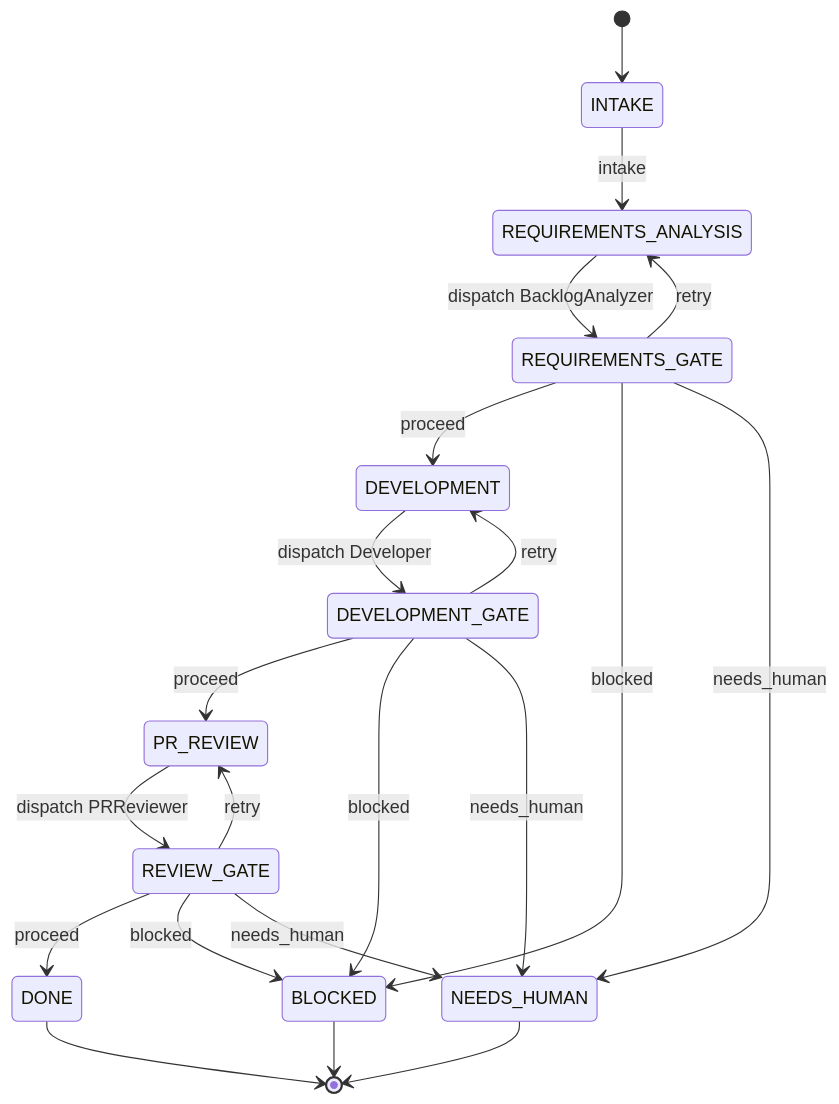
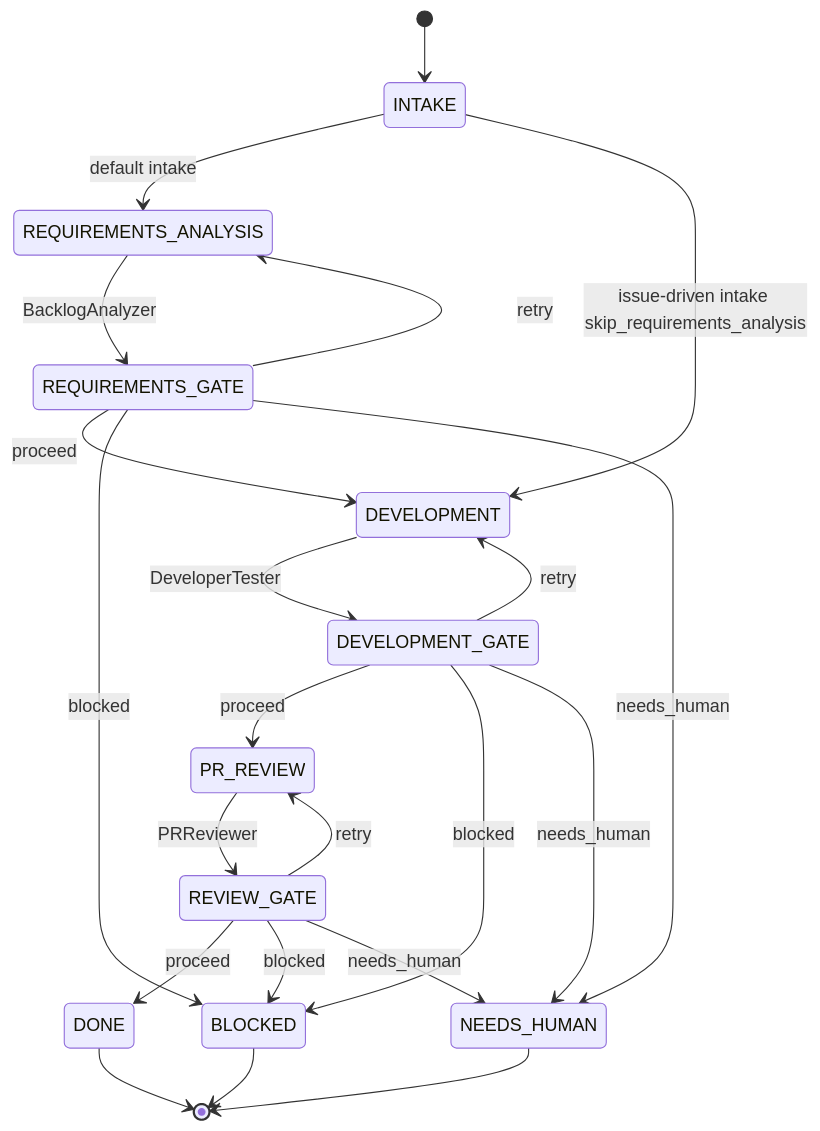
Before and after one commit to madeehrehman/sdlc_agent: the seventh of 10 diagrams in system-design.md, drawn with Mermaid. The commit also changed other lines of this file and 1 other file, not shown here.

First line of the commit message:
feat: enhance architecture and system design documentation

````diff
--- a/system-design.md
+++ b/system-design.md
@@ -191,26 +298,28 @@
 ```mermaid
 stateDiagram-v2
   [*] --> INTAKE
-  INTAKE --> REQUIREMENTS_ANALYSIS : intake
-  REQUIREMENTS_ANALYSIS --> REQUIREMENTS_GATE : dispatch BacklogAnalyzer
+  INTAKE --> REQUIREMENTS_ANALYSIS : default intake
+  INTAKE --> DEVELOPMENT : issue-driven intake skip_requirements_analysis
+
+  REQUIREMENTS_ANALYSIS --> REQUIREMENTS_GATE : BacklogAnalyzer
   REQUIREMENTS_GATE --> DEVELOPMENT : proceed
   REQUIREMENTS_GATE --> REQUIREMENTS_ANALYSIS : retry
   REQUIREMENTS_GATE --> BLOCKED : blocked
   REQUIREMENTS_GATE --> NEEDS_HUMAN : needs_human
 
-  DEVELOPMENT --> DEVELOPMENT_GATE : dispatch Developer
+  DEVELOPMENT --> DEVELOPMENT_GATE : DeveloperTester
   DEVELOPMENT_GATE --> PR_REVIEW : proceed
   DEVELOPMENT_GATE --> DEVELOPMENT : retry
   DEVELOPMENT_GATE --> BLOCKED : blocked
   DEVELOPMENT_GATE --> NEEDS_HUMAN : needs_human
 
-  PR_REVIEW --> REVIEW_GATE : dispatch PRReviewer
+  PR_REVIEW --> REVIEW_GATE : PRReviewer
   REVIEW_GATE --> DONE : proceed
   REVIEW_GATE --> PR_REVIEW : retry
   REVIEW_GATE --> BLOCKED : blocked
   REVIEW_GATE --> NEEDS_HUMAN : needs_human
 
   DONE --> [*]
   BLOCKED --> [*]
   NEEDS_HUMAN --> [*]
 ```
````
